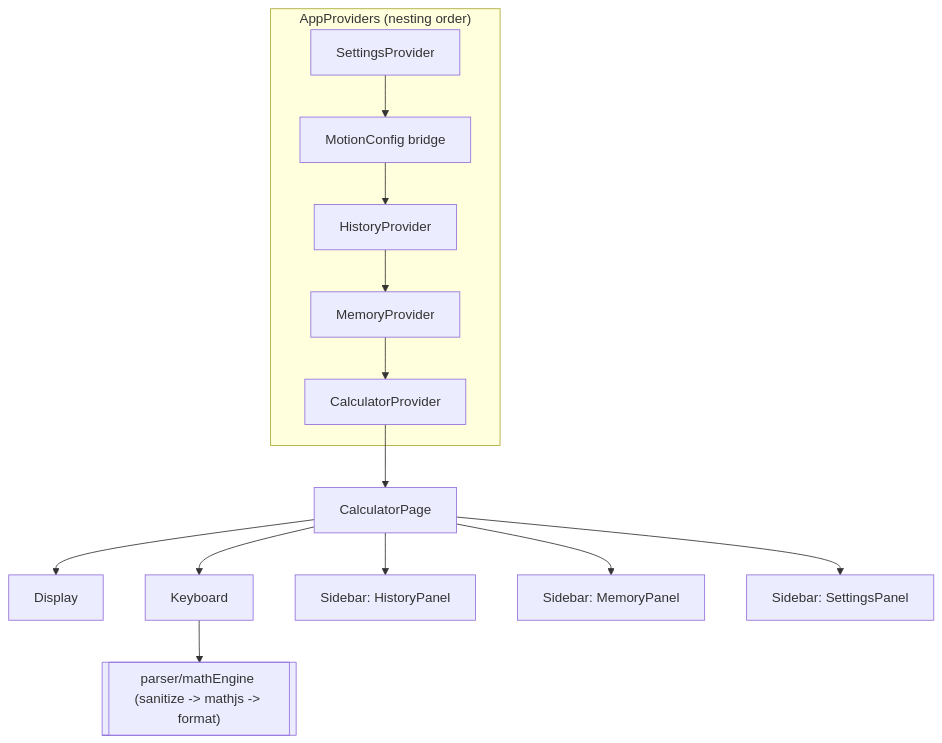
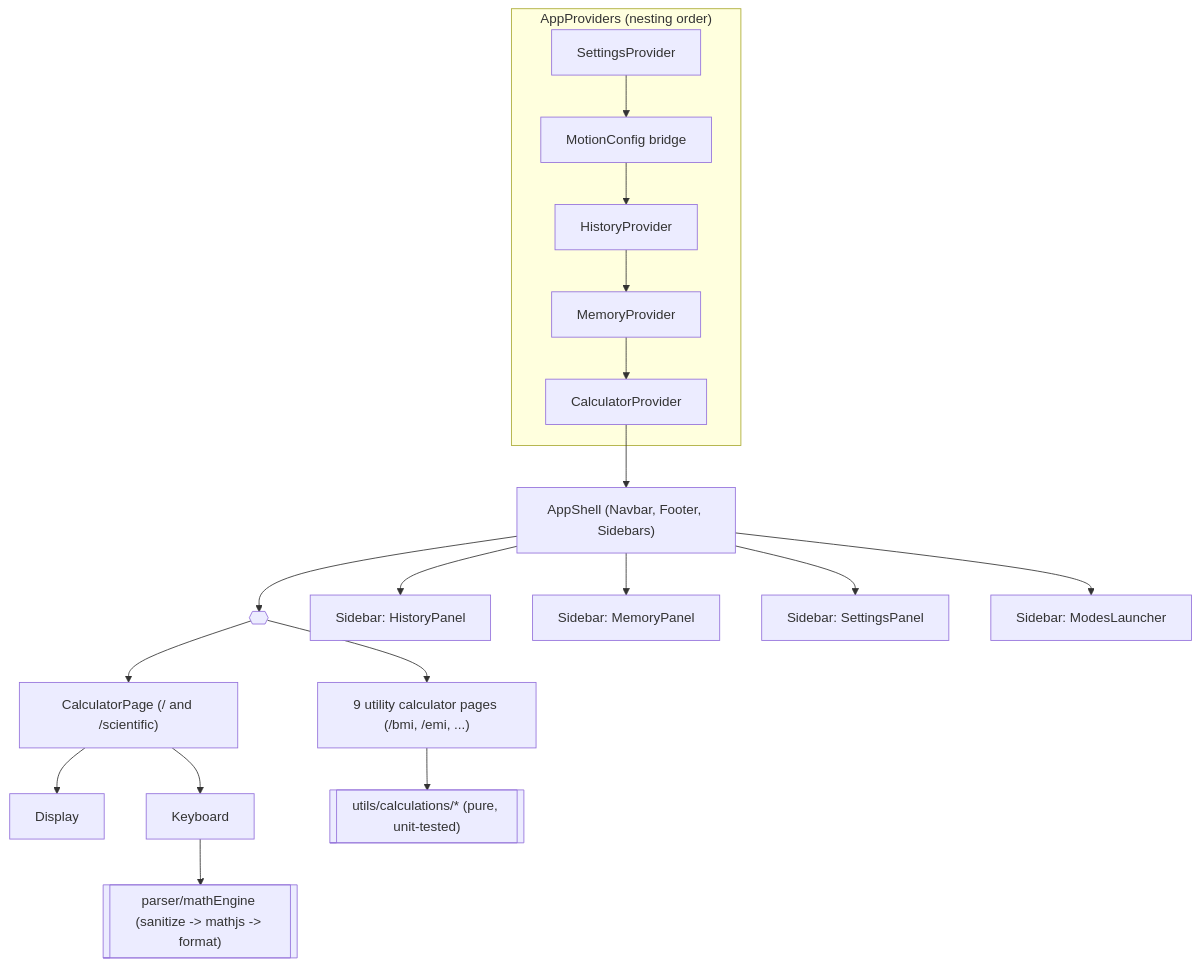
One commit to Nasirsayyed/Calculator-in-ReactJs changed the first of 3 diagrams in README.md. Above: the diagram before and after it, drawn with Mermaid. The commit also changed other lines of this file and 62 other files, not shown here.

First line of the commit message:
feat: add Phase 2a utility calculators with routing and a launcher

````diff
--- a/README.md
+++ b/README.md
@@ -103,16 +110,21 @@
 ```mermaid
 flowchart TB
   subgraph Providers["AppProviders (nesting order)"]
     SP[SettingsProvider] --> MC[MotionConfig bridge]
     MC --> HP[HistoryProvider]
     HP --> MP[MemoryProvider]
     MP --> CP[CalculatorProvider]
   end
-  CP --> Page[CalculatorPage]
-  Page --> Display
-  Page --> Keyboard
-  Page --> HistorySidebar["Sidebar: HistoryPanel"]
-  Page --> MemorySidebar["Sidebar: MemoryPanel"]
-  Page --> SettingsSidebar["Sidebar: SettingsPanel"]
+  CP --> Shell["AppShell (Navbar, Footer, Sidebars)"]
+  Shell --> Outlet{{"<Outlet/>"}}
+  Outlet --> CalcPage["CalculatorPage (/ and /scientific)"]
+  Outlet --> UtilPages["9 utility calculator pages (/bmi, /emi, ...)"]
+  CalcPage --> Display
+  CalcPage --> Keyboard
+  Shell --> HistorySidebar["Sidebar: HistoryPanel"]
+  Shell --> MemorySidebar["Sidebar: MemoryPanel"]
+  Shell --> SettingsSidebar["Sidebar: SettingsPanel"]
+  Shell --> ModesSidebar["Sidebar: ModesLauncher"]
   Keyboard --> Engine[["parser/mathEngine (sanitize -> mathjs -> format)"]]
+  UtilPages --> Calc[["utils/calculations/* (pure, unit-tested)"]]
 ```
````
